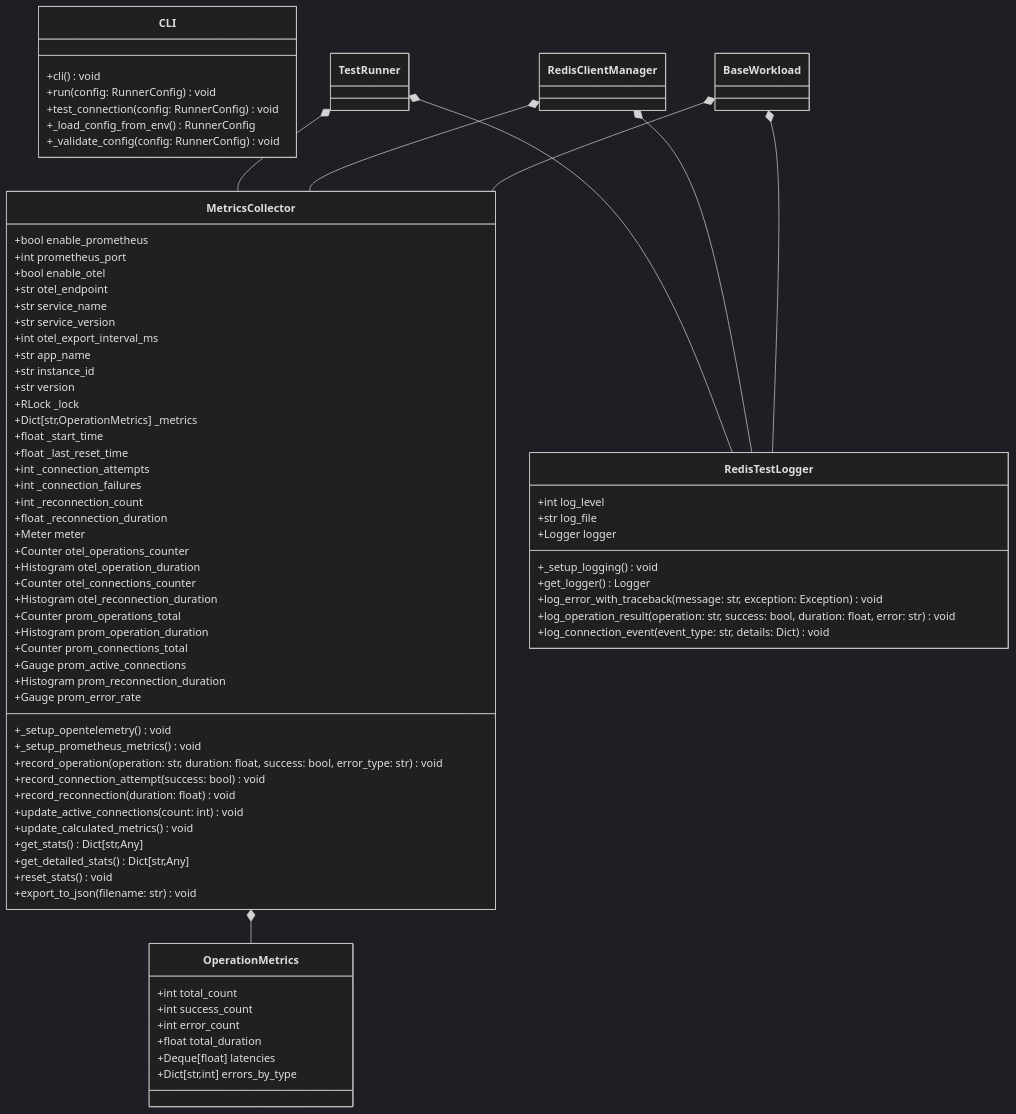
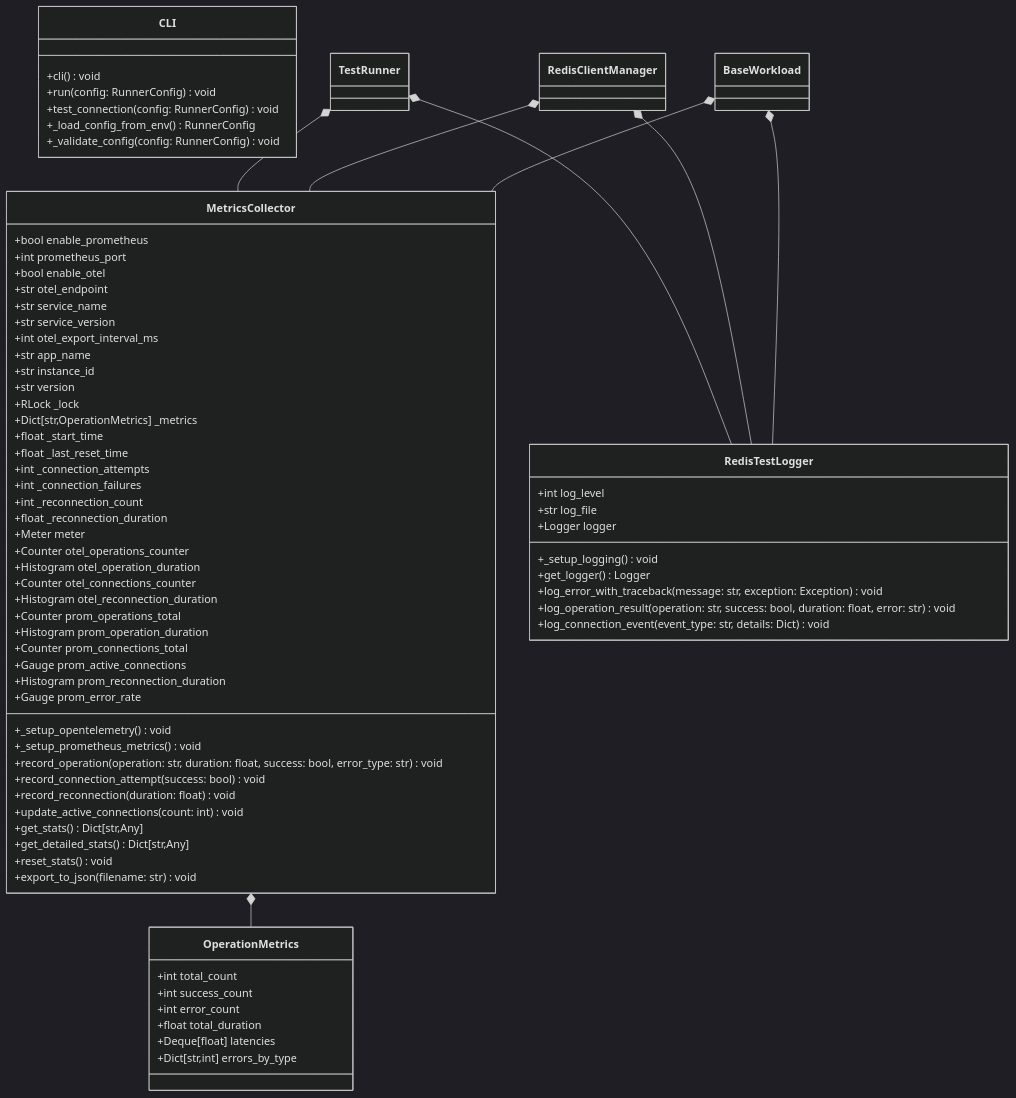
Before and after one commit to redis-developer/redis-py-test-app: the second of 2 diagrams in diagrams/class-diagram.md, drawn with Mermaid (dark theme). The commit also changed other lines of this file and 8 other files, not shown here.

```diff
--- a/diagrams/class-diagram.md
+++ b/diagrams/class-diagram.md
@@ -272,7 +272,7 @@
         +record_connection_attempt(success: bool) void
         +record_reconnection(duration: float) void
         +update_active_connections(count: int) void
-        +update_calculated_metrics() void
+
         +get_stats() Dict[str,Any]
         +get_detailed_stats() Dict[str,Any]
         +reset_stats() void
```
